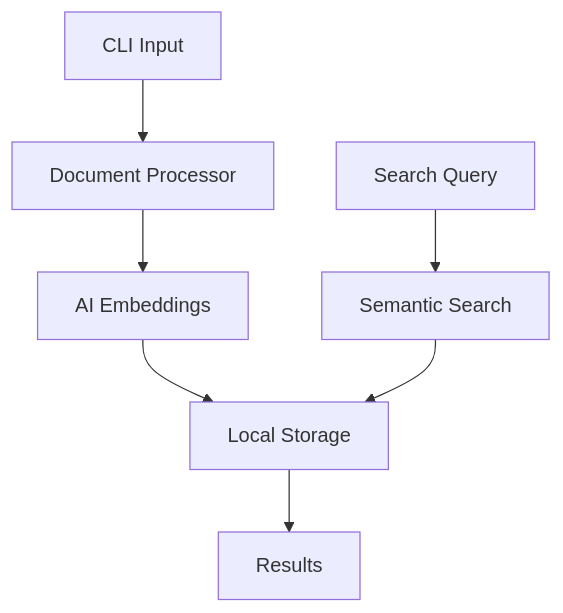
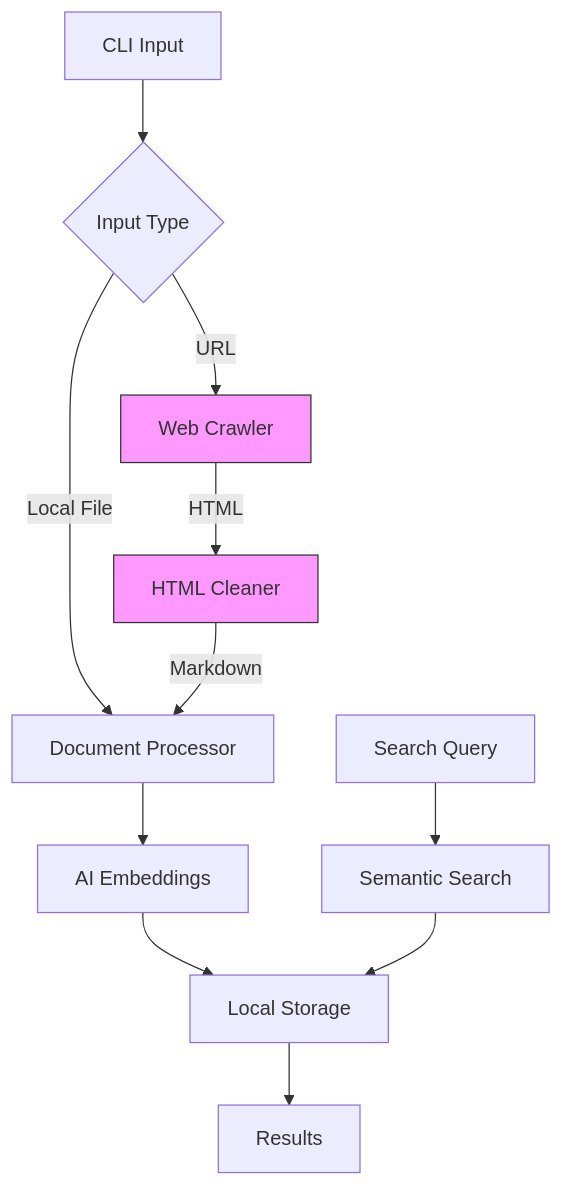
One commit to karimQuant/kcli changed the diagram in README.md. Above: the diagram before and after it, drawn with Mermaid.

Commit message:
Code quality (#3)

````diff
--- a/README.md
+++ b/README.md
@@ -59,9 +59,16 @@
 ```mermaid
 graph TD
-    A[CLI Input] --> B[Document Processor]
-    B --> C[AI Embeddings]
-    C --> D[Local Storage]
-    E[Search Query] --> F[Semantic Search]
-    F --> D
-    D --> G[Results]
+    A[CLI Input] --> B{Input Type}
+    B -->|Local File| C[Document Processor]
+    B -->|URL| W[Web Crawler]
+    W -->|HTML| H[HTML Cleaner]
+    H -->|Markdown| C
+    C --> D[AI Embeddings]
+    D --> E[Local Storage]
+    F[Search Query] --> G[Semantic Search]
+    G --> E
+    E --> R[Results]
+    
+    style W fill:#f9f,stroke:#333
+    style H fill:#f9f,stroke:#333
 ```
````
